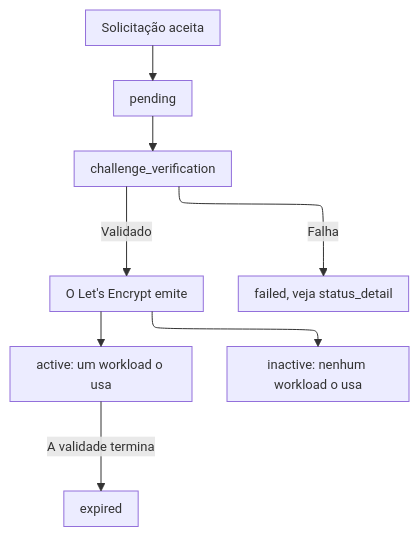
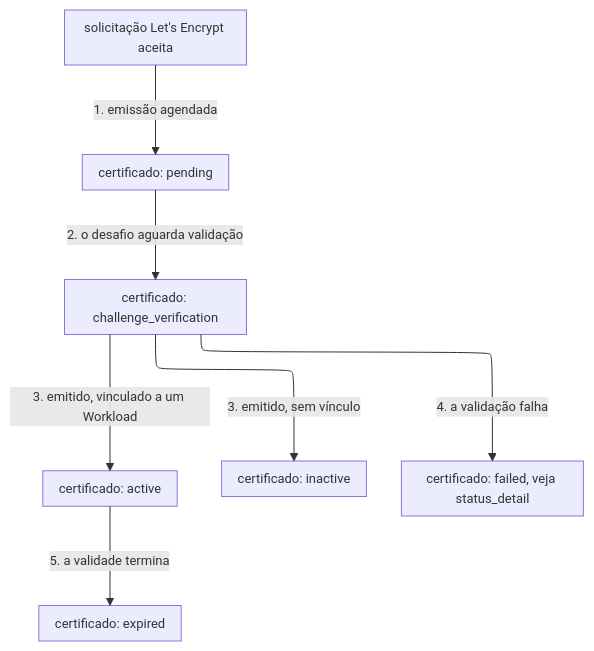
One commit to aziontech/docs changed the second of 2 diagrams in apps/docs/src/content/docs/pt-br/pages/secure/certificate-manager/emissao-e-renovacao.mdx. Above: the diagram before and after it, drawn with Mermaid. The commit also changed other lines of this file and 76 other files, not shown here.

````diff
--- a/apps/docs/src/content/docs/pt-br/pages/secure/certificate-manager/emissao-e-renovacao.mdx
+++ b/apps/docs/src/content/docs/pt-br/pages/secure/certificate-manager/emissao-e-renovacao.mdx
@@ -80,11 +106,17 @@
 ```mermaid
-%%{init: {"layout": "elk", "themeVariables": {"fontSize": "13px"}, "flowchart": {"nodeSpacing": 24, "rankSpacing": 36, "padding": 8, "wrappingWidth": 150, "useMaxWidth": true}, "sequence": {"width": 120, "actorMargin": 30, "useMaxWidth": true}}}%%
+%%{init: {"layout": "elk", "elk": {"preset": "modelOrder", "keepEntryNodeOnTop": true}, "themeVariables": {"fontSize": "13px"}, "flowchart": {"nodeSpacing": 24, "rankSpacing": 36, "padding": 8, "wrappingWidth": 150, "useMaxWidth": true}, "sequence": {"width": 120, "actorMargin": 30, "useMaxWidth": true}}}%%
 flowchart TD
-  Req["Solicitação aceita"] --> Pending["pending"]
-  Pending --> Challenge["challenge_verification"]
-  Challenge -->|"Validado"| Issued["O Let's Encrypt emite"]
-  Challenge -->|"Falha"| Failed["failed, veja status_detail"]
-  Issued --> Active["active: um workload o usa"]
-  Issued --> Inactive["inactive: nenhum workload o usa"]
-  Active -->|"A validade termina"| Expired["expired"]
+  Req["solicitação Let's Encrypt aceita"]
+  Pending["certificado: pending"]
+  Challenge["certificado: challenge_verification"]
+  Active["certificado: active"]
+  Inactive["certificado: inactive"]
+  Failed["certificado: failed, veja status_detail"]
+  Expired["certificado: expired"]
+  Req -->|"1. emissão agendada"| Pending
+  Pending -->|"2. o desafio aguarda validação"| Challenge
+  Challenge -->|"3. emitido, vinculado a um Workload"| Active
+  Challenge -->|"3. emitido, sem vínculo"| Inactive
+  Challenge -->|"4. a validação falha"| Failed
+  Active -->|"5. a validade termina"| Expired
 ```
````
